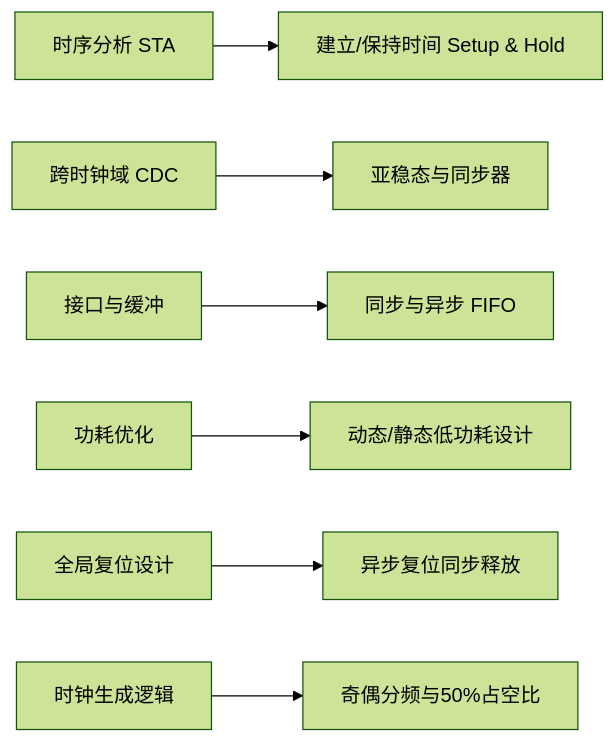
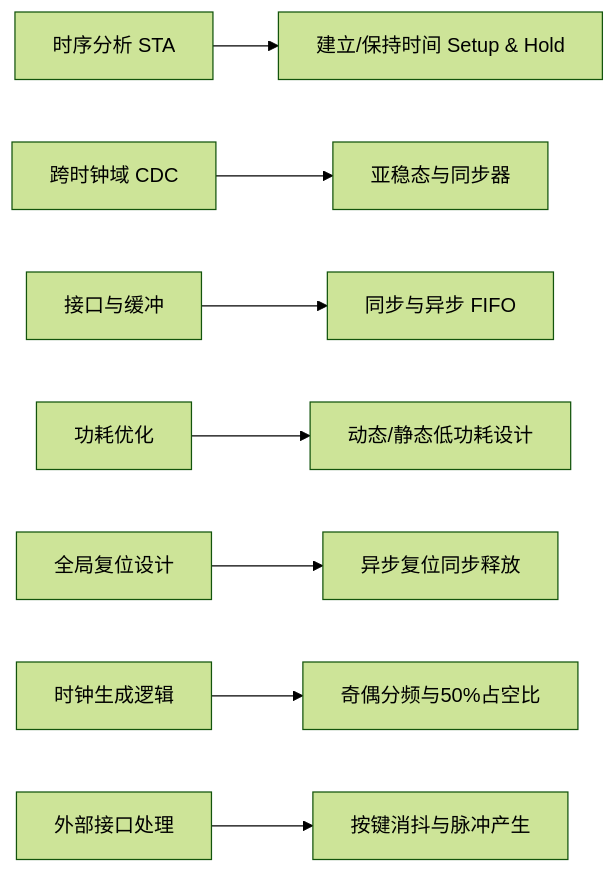
Before and after one commit to hyh20050326-web/notes: the diagram in docs/ic-interview/index.md, drawn with Mermaid (forest theme). The commit also changed other lines of this file and 2 other files, not shown here.

Commit message:
feat(ic-interview): 新增按键消抖电路设计与原理分析章节

````diff
--- a/docs/ic-interview/index.md
+++ b/docs/ic-interview/index.md
@@ -9,9 +9,10 @@
 ```mermaid
 graph LR
     A[时序分析 STA] --> B[建立/保持时间 Setup & Hold]
     C[跨时钟域 CDC] --> D[亚稳态与同步器]
     E[接口与缓冲] --> F[同步与异步 FIFO]
     G[功耗优化] --> H[动态/静态低功耗设计]
     I[全局复位设计] --> J[异步复位同步释放]
     K[时钟生成逻辑] --> L[奇偶分频与50%占空比]
+    M[外部接口处理] --> N[按键消抖与脉冲产生]
 ```
````
